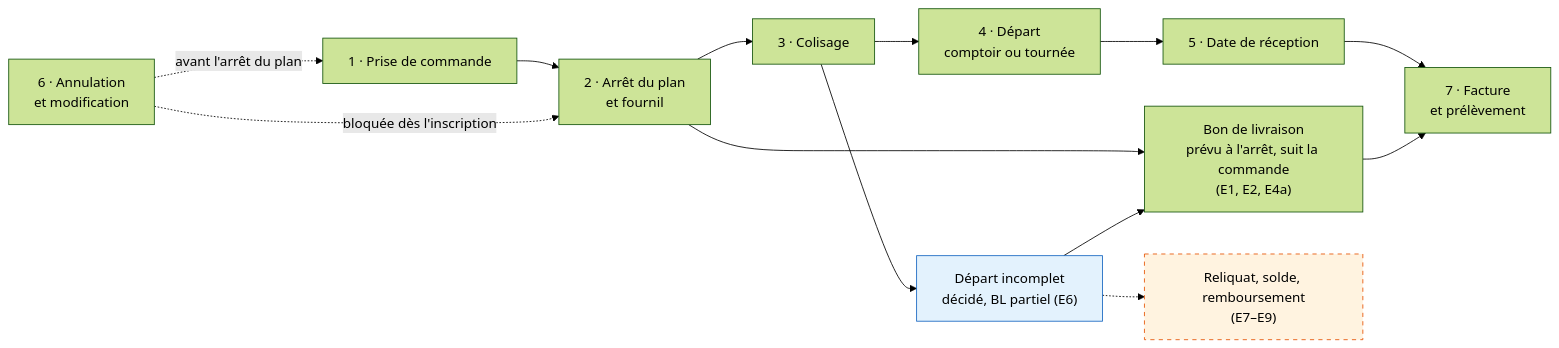
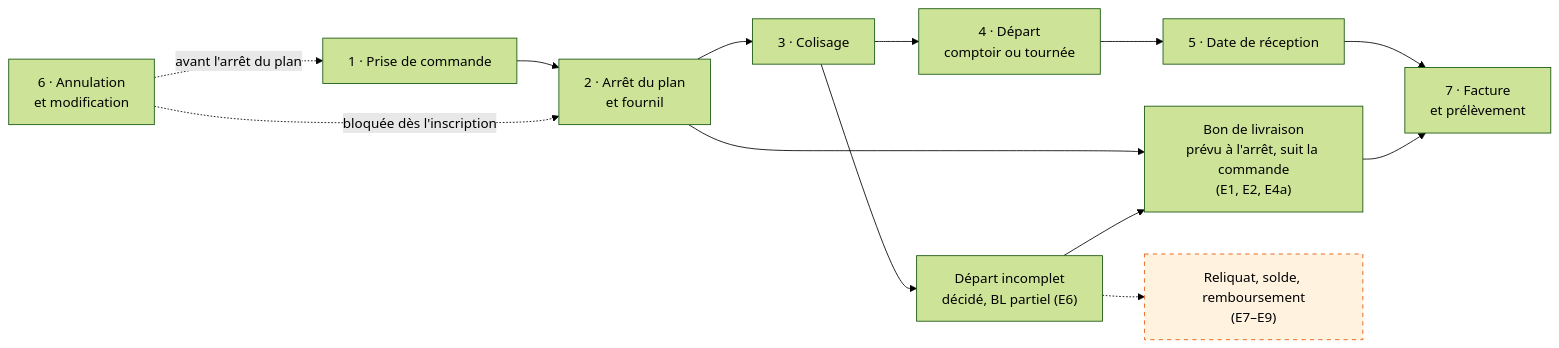
Before and after one commit to hugoheynard/lfd: the first of 11 diagrams in documentation/commandes/parcours-complet.md, drawn with Mermaid (forest theme). The commit also changed other lines of this file and 1 other file, not shown here.

````diff
--- a/documentation/commandes/parcours-complet.md
+++ b/documentation/commandes/parcours-complet.md
@@ -27,19 +28,19 @@
 ```mermaid
 flowchart LR
     S1["1 · Prise de commande"] --> S2["2 · Arrêt du plan<br/>et fournil"]
     S2 --> S3["3 · Colisage"]
     S3 --> S4["4 · Départ<br/>comptoir ou tournée"]
     S4 --> S5["5 · Date de réception"]
     S5 --> S7["7 · Facture<br/>et prélèvement"]
     S6["6 · Annulation<br/>et modification"] -.->|"avant l'arrêt du plan"| S1
     S6 -.->|"bloquée dès l'inscription"| S2
     BL["Bon de livraison<br/>prévu à l'arrêt, suit la commande<br/>(E1, E2, E4a)"]
     S2 --> BL
     BL --> S7
-    INC["Départ incomplet<br/>décidé, BL partiel (E6)"]:::bati
+    INC["Départ incomplet<br/>décidé, BL partiel (E6)"]
     S3 --> INC --> BL
     REL["Reliquat, solde, remboursement<br/>(E7–E9)"]:::prevu
     INC -.-> REL
     classDef bati fill:#e3f2fd,stroke:#1565c0
     classDef prevu fill:#fff3e0,stroke:#e65100,stroke-dasharray: 5 5
 ```
````
